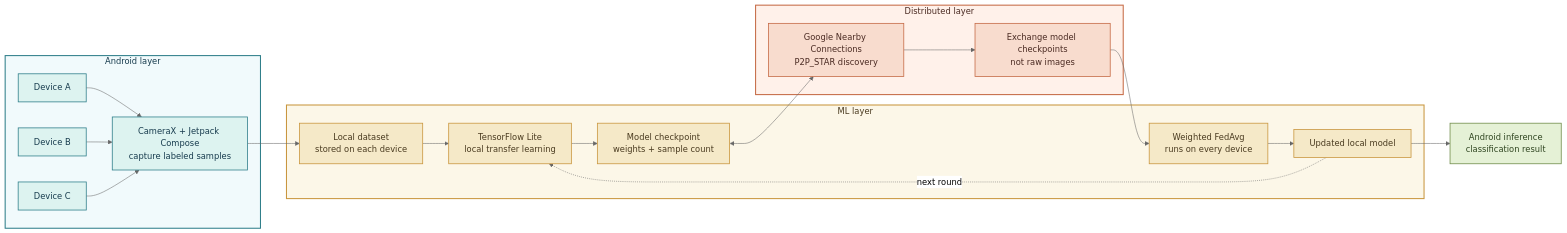
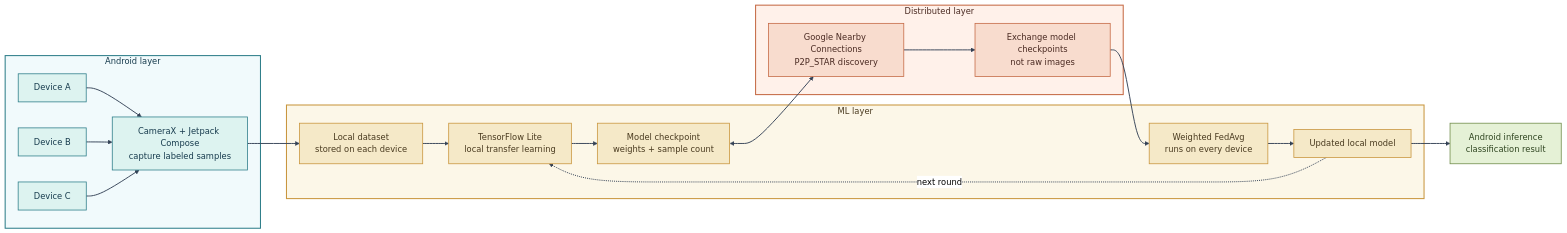
One commit to SARANG1018/MobiCollab-A-Decentralized-Framework-for-Collaborative-Transfer-Learning-on-Android-Devices changed the diagram in README.md. Above: the diagram before and after it, drawn with Mermaid (neutral theme).

Commit message:
Unify architecture diagram arrow styling

````diff
--- a/README.md
+++ b/README.md
@@ -17,46 +17,47 @@
 ```mermaid
 flowchart LR
 	subgraph ANDROID[Android layer]
 		A[Device A]
 		B[Device B]
 		C[Device C]
 		CAP[CameraX + Jetpack Compose<br/>capture labeled samples]
 		A --> CAP
 		B --> CAP
 		C --> CAP
 	end
 
 	subgraph ML[ML layer]
 		DATA[Local dataset<br/>stored on each device]
 		TRAIN[TensorFlow Lite<br/>local transfer learning]
 		SAVE[Model checkpoint<br/>weights + sample count]
 		AVG[Weighted FedAvg<br/>runs on every device]
 		MODEL[Updated local model]
 		DATA --> TRAIN --> SAVE
 		AVG --> MODEL
 	end
 
 	subgraph DIST[Distributed layer]
 		P2P[Google Nearby Connections<br/>P2P_STAR discovery]
 		EXCHANGE[Exchange model checkpoints<br/>not raw images]
 		P2P --> EXCHANGE
 	end
 
 	CAP --> DATA
 	SAVE <--> P2P
 	EXCHANGE --> AVG
 	MODEL --> RESULT[Android inference<br/>classification result]
 	MODEL -. next round .-> TRAIN
 
 	style ANDROID fill:#F1FAFC,stroke:#2F7E8A,stroke-width:2px,color:#173B4D
 	style ML fill:#FCF7E8,stroke:#C9963E,stroke-width:2px,color:#493A1F
 	style DIST fill:#FFF1EA,stroke:#C56A45,stroke-width:2px,color:#4A2A22
 	classDef device fill:#DDF3F0,stroke:#2F7E8A,stroke-width:1.5px,color:#173B4D
 	classDef model fill:#F5E9C8,stroke:#C9963E,stroke-width:1.5px,color:#493A1F
 	classDef network fill:#F8DCCE,stroke:#C56A45,stroke-width:1.5px,color:#4A2A22
 	classDef result fill:#E5F1D6,stroke:#708C4A,stroke-width:1.5px,color:#2F4520
 	class A,B,C,CAP device
 	class DATA,TRAIN,SAVE,AVG,MODEL model
 	class P2P,EXCHANGE network
 	class RESULT result
+	linkStyle default stroke:#334155,stroke-width:1.8px
 ```
````
